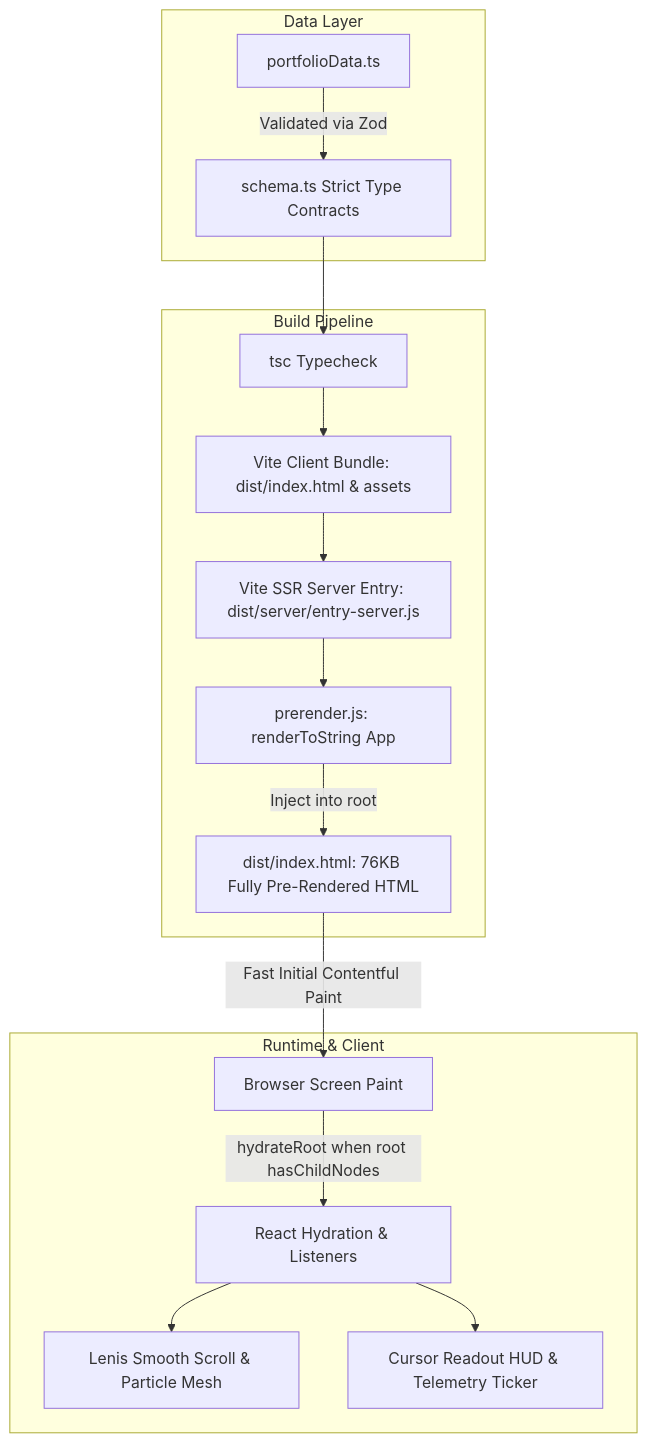
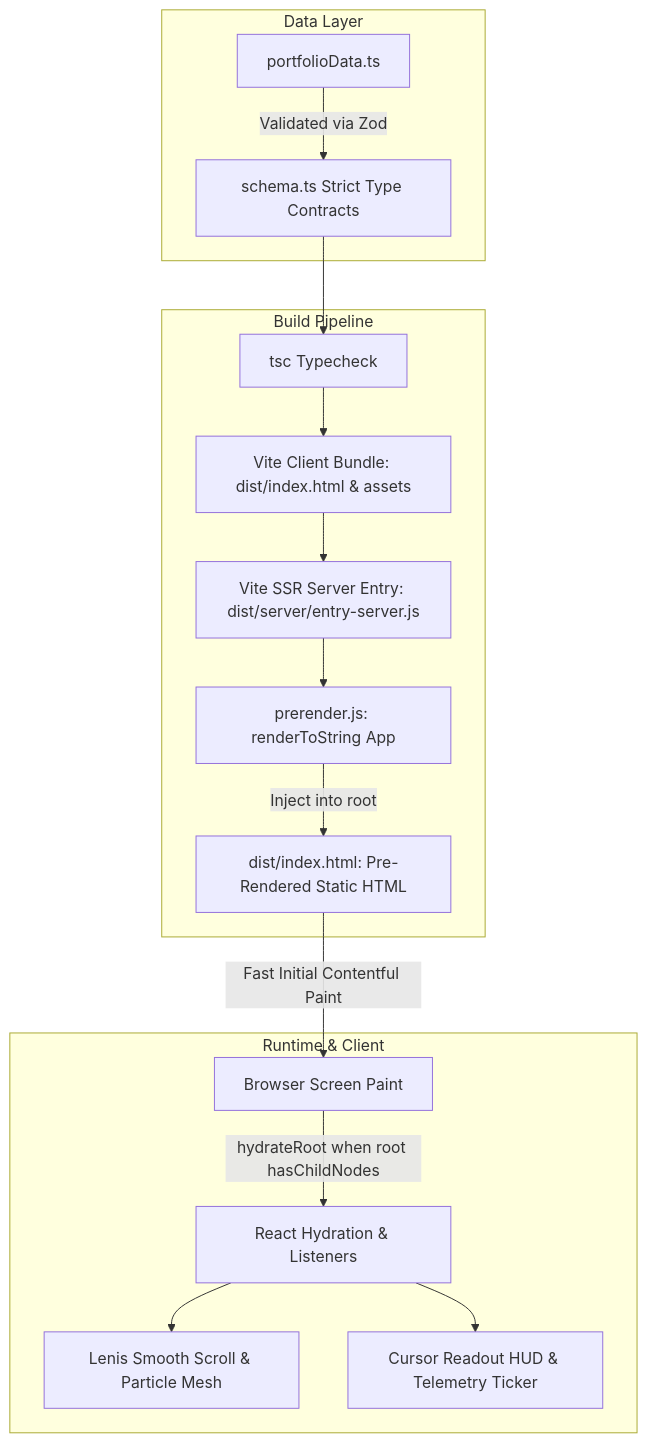
Before and after one commit to umangkhandelwall/Portfolio: the diagram in README.md, drawn with Mermaid. The commit also changed other lines of this file and 10 other files, not shown here.

````diff
--- a/README.md
+++ b/README.md
@@ -19,21 +19,21 @@
 ```mermaid
 flowchart TD
     subgraph Data Layer
         A[portfolioData.ts] -->|Validated via Zod| B[schema.ts Strict Type Contracts]
     end
 
     subgraph Build Pipeline
         B --> C[tsc Typecheck]
         C --> D[Vite Client Bundle: dist/index.html & assets]
         D --> E[Vite SSR Server Entry: dist/server/entry-server.js]
         E --> F[prerender.js: renderToString App]
-        F -->|Inject into root| G[dist/index.html: 76KB Fully Pre-Rendered HTML]
+        F -->|Inject into root| G[dist/index.html: Pre-Rendered Static HTML]
     end
 
     subgraph Runtime & Client
         G -->|Fast Initial Contentful Paint| H[Browser Screen Paint]
         H -->|hydrateRoot when root hasChildNodes| I[React Hydration & Listeners]
         I --> J[Lenis Smooth Scroll & Particle Mesh]
         I --> K[Cursor Readout HUD & Telemetry Ticker]
     end
 ```
````
